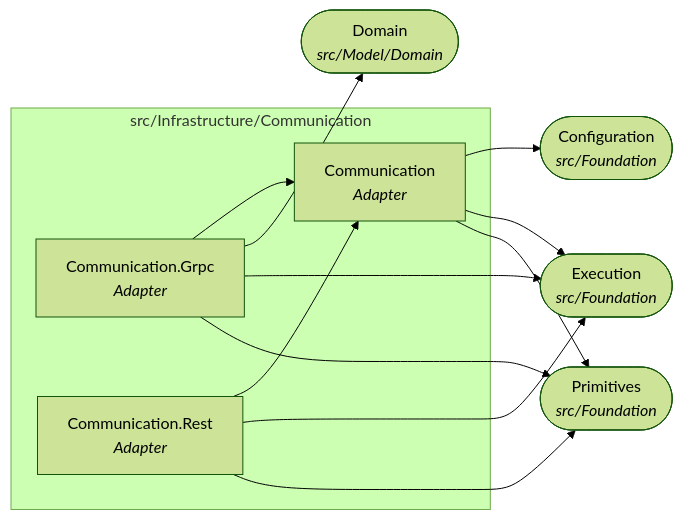
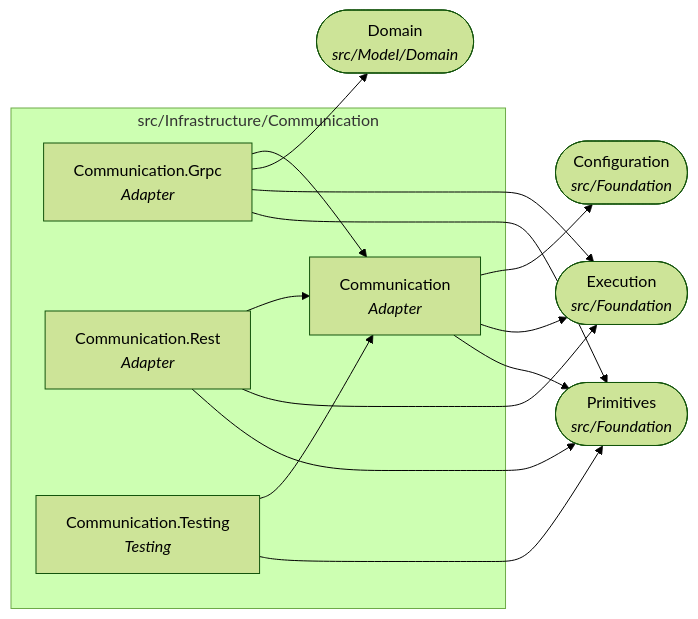
The ninth of 22 diagrams in docs/dependency-graph.md (Gresta-Vertex-Labs/platform-shared-kernel), drawn with Mermaid (forest theme) before and after one commit. The commit also changed other lines of this file and 508 other files, not shown here.

````diff
--- a/docs/dependency-graph.md
+++ b/docs/dependency-graph.md
@@ -336,22 +357,25 @@
 ```mermaid
 flowchart LR
   subgraph folder_src_Infrastructure_Communication["src/Infrastructure/Communication"]
     SharedKernel_Communication["Communication<br/><i>Adapter</i>"]
     SharedKernel_Communication_Grpc["Communication.Grpc<br/><i>Adapter</i>"]
     SharedKernel_Communication_Rest["Communication.Rest<br/><i>Adapter</i>"]
+    SharedKernel_Communication_Testing["Communication.Testing<br/><i>Testing</i>"]
   end
   SharedKernel_Configuration(["Configuration<br/><i>src/Foundation</i>"])
   SharedKernel_Domain(["Domain<br/><i>src/Model/Domain</i>"])
   SharedKernel_Execution(["Execution<br/><i>src/Foundation</i>"])
   SharedKernel_Primitives(["Primitives<br/><i>src/Foundation</i>"])
   SharedKernel_Communication --> SharedKernel_Configuration
   SharedKernel_Communication --> SharedKernel_Execution
   SharedKernel_Communication --> SharedKernel_Primitives
   SharedKernel_Communication_Grpc --> SharedKernel_Communication
   SharedKernel_Communication_Grpc --> SharedKernel_Domain
   SharedKernel_Communication_Grpc --> SharedKernel_Execution
   SharedKernel_Communication_Grpc --> SharedKernel_Primitives
   SharedKernel_Communication_Rest --> SharedKernel_Communication
   SharedKernel_Communication_Rest --> SharedKernel_Execution
   SharedKernel_Communication_Rest --> SharedKernel_Primitives
+  SharedKernel_Communication_Testing --> SharedKernel_Communication
+  SharedKernel_Communication_Testing --> SharedKernel_Primitives
 ```
````
